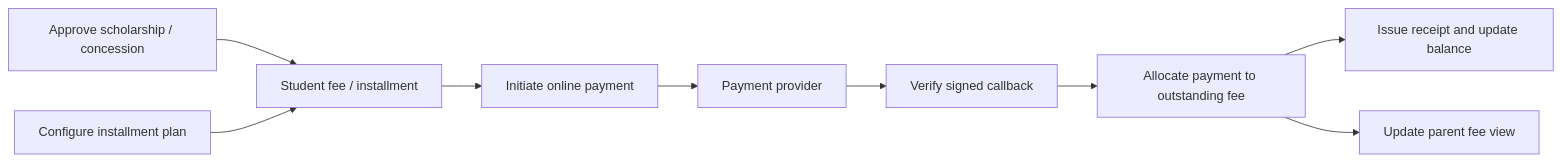
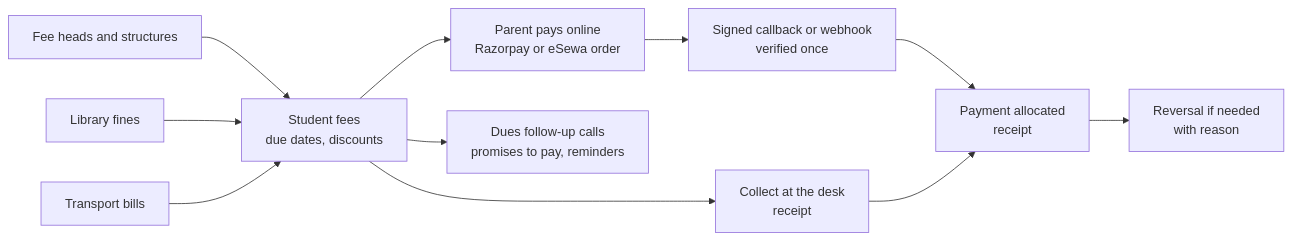
The eighth of 10 diagrams in SYSTEM_ARCHITECTURE_AND_MODULE_WORKFLOWS.md (niddanamohansps-hue/Mocha-Edu), drawn with Mermaid before and after one commit. The commit also changed other lines of this file and 1 other file, not shown here.

First line of the commit message:
docs(architecture): bring the architecture document up to date with the code

````diff
--- a/SYSTEM_ARCHITECTURE_AND_MODULE_WORKFLOWS.md
+++ b/SYSTEM_ARCHITECTURE_AND_MODULE_WORKFLOWS.md
@@ -253,11 +152,13 @@
 ```mermaid
 flowchart LR
-    StudentFee["Student fee / installment"] --> Initiate["Initiate online payment"]
-    Initiate --> Gateway["Payment provider"]
-    Gateway --> Verify["Verify signed callback"]
-    Verify --> Allocate["Allocate payment to outstanding fee"]
-    Allocate --> Receipt["Issue receipt and update balance"]
-    Scholarship["Approve scholarship / concession"] --> StudentFee
-    Installments["Configure installment plan"] --> StudentFee
-    Allocate --> ParentPortal["Update parent fee view"]
+    Heads["Fee heads and structures"] --> Due["Student fees<br/>due dates, discounts"]
+    Lib["Library fines"] --> Due
+    Trans["Transport bills"] --> Due
+    Due --> Desk["Collect at the desk<br/>receipt"]
+    Due --> Online["Parent pays online<br/>Razorpay or eSewa order"]
+    Online --> Verify["Signed callback or webhook<br/>verified once"]
+    Verify --> Alloc["Payment allocated<br/>receipt"]
+    Desk --> Alloc
+    Alloc --> Rev["Reversal if needed<br/>with reason"]
+    Due --> Follow["Dues follow-up calls<br/>promises to pay, reminders"]
 ```
````
